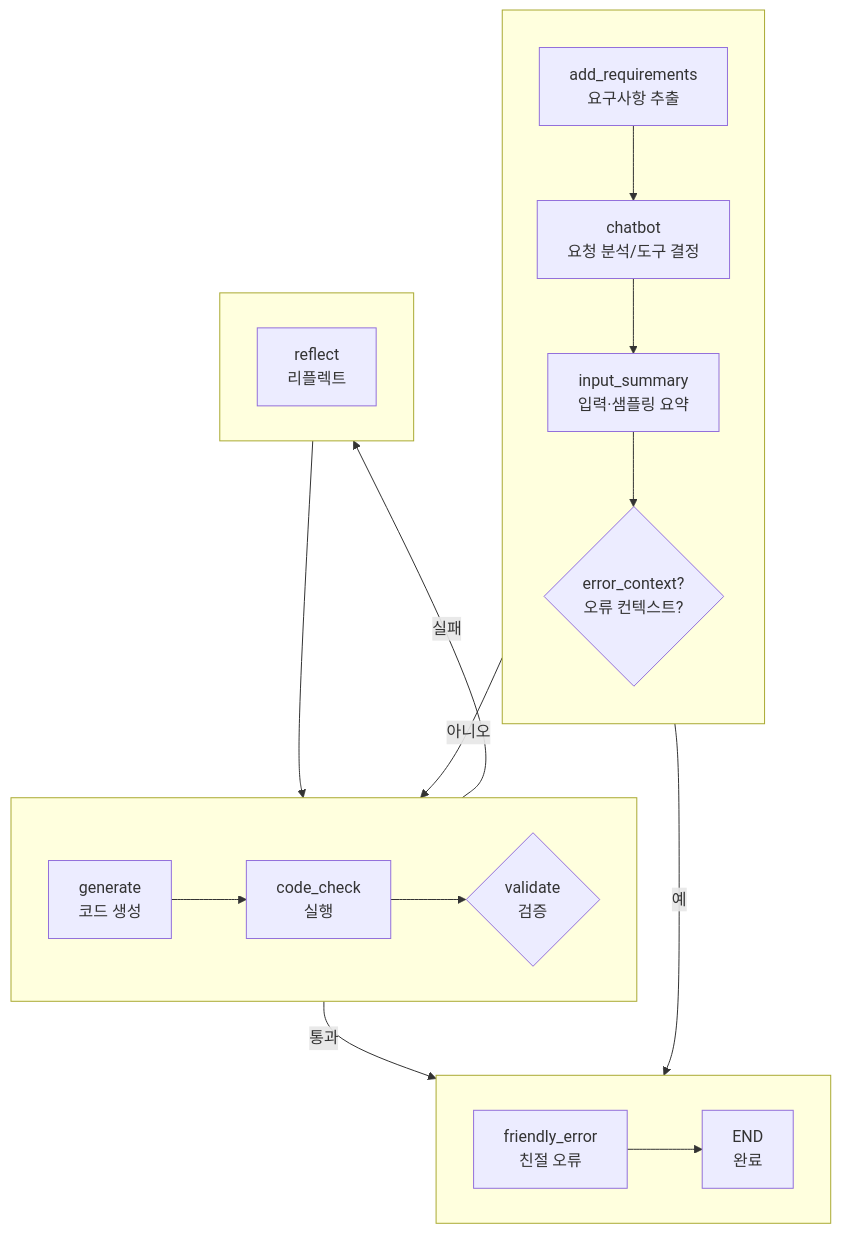
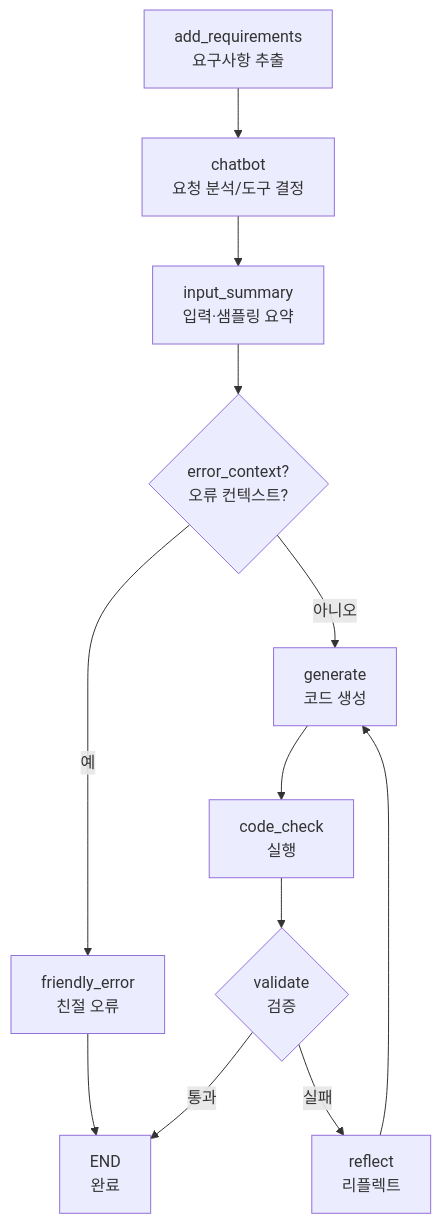
The second of 3 diagrams in README.md (sonsukwoo/Data_preprocessing_auto), drawn with Mermaid before and after one commit. The commit also changed other lines of this file, not shown here.

Commit message:
read me 랭그래프 수정

````diff
--- a/README.md
+++ b/README.md
@@ -114,27 +114,12 @@
 ```mermaid
 flowchart TD
-  subgraph MAIN[" "]
-    direction TB
-    A[add_requirements<br/>요구사항 추출] --> B[chatbot<br/>요청 분석/도구 결정]
-    B --> C[input_summary<br/>입력·샘플링 요약]
-    C --> D{error_context?<br/>오류 컨텍스트?}
-  end
-
-  subgraph EXEC[" "]
-    direction LR
-    E[generate<br/>코드 생성] --> F[code_check<br/>실행] --> G{validate<br/>검증}
-  end
-
-  subgraph ERR[" "]
-    direction LR
-    D -->|예| X[friendly_error<br/>친절 오류] --> H[END<br/>완료]
-  end
-
-  subgraph FIX[" "]
-    direction LR
-    G -->|실패| R[reflect<br/>리플렉트] --> E
-  end
-
-  D -->|아니오| E
+  A[add_requirements<br/>요구사항 추출] --> B[chatbot<br/>요청 분석/도구 결정]
+  B --> C[input_summary<br/>입력·샘플링 요약]
+  C --> D{error_context?<br/>오류 컨텍스트?}
+  D -->|예| X[friendly_error<br/>친절 오류] --> H[END<br/>완료]
+  D -->|아니오| E[generate<br/>코드 생성]
+  E --> F[code_check<br/>실행]
+  F --> G{validate<br/>검증}
   G -->|통과| H
+  G -->|실패| R[reflect<br/>리플렉트] --> E
 ```
````
